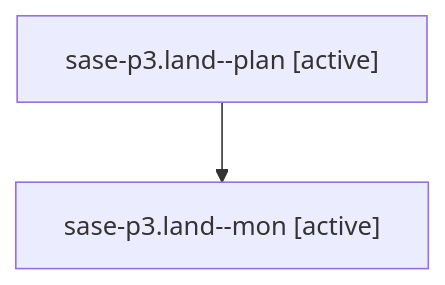
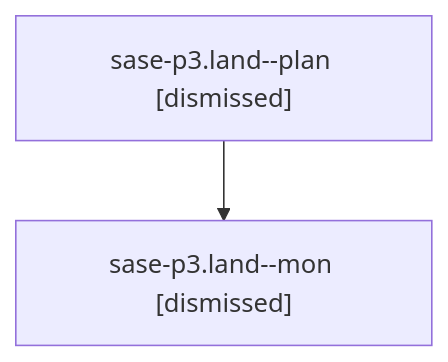
The diagram in sessions/bbugyi200.athena.sase-p3.land.md (sase-org/sase--agents), drawn with Mermaid before and after one commit. The commit also changed other lines of this file and 206 other files, not shown here.

````diff
--- a/sessions/bbugyi200.athena.sase-p3.land.md
+++ b/sessions/bbugyi200.athena.sase-p3.land.md
@@ -9,6 +9,6 @@
 ```mermaid
 flowchart TD
-  n0["sase-p3.land--plan [active]"]
-  n1["sase-p3.land--mon [active]"]
+  n0["sase-p3.land--plan [dismissed]"]
+  n1["sase-p3.land--mon [dismissed]"]
   n0 --> n1
 ```
````
